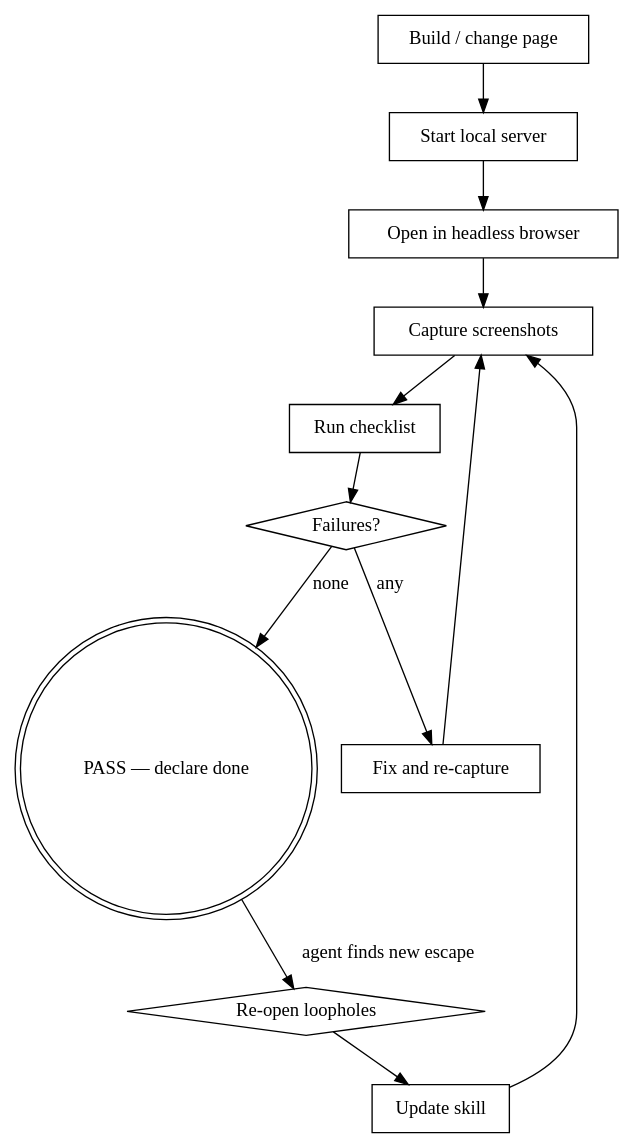
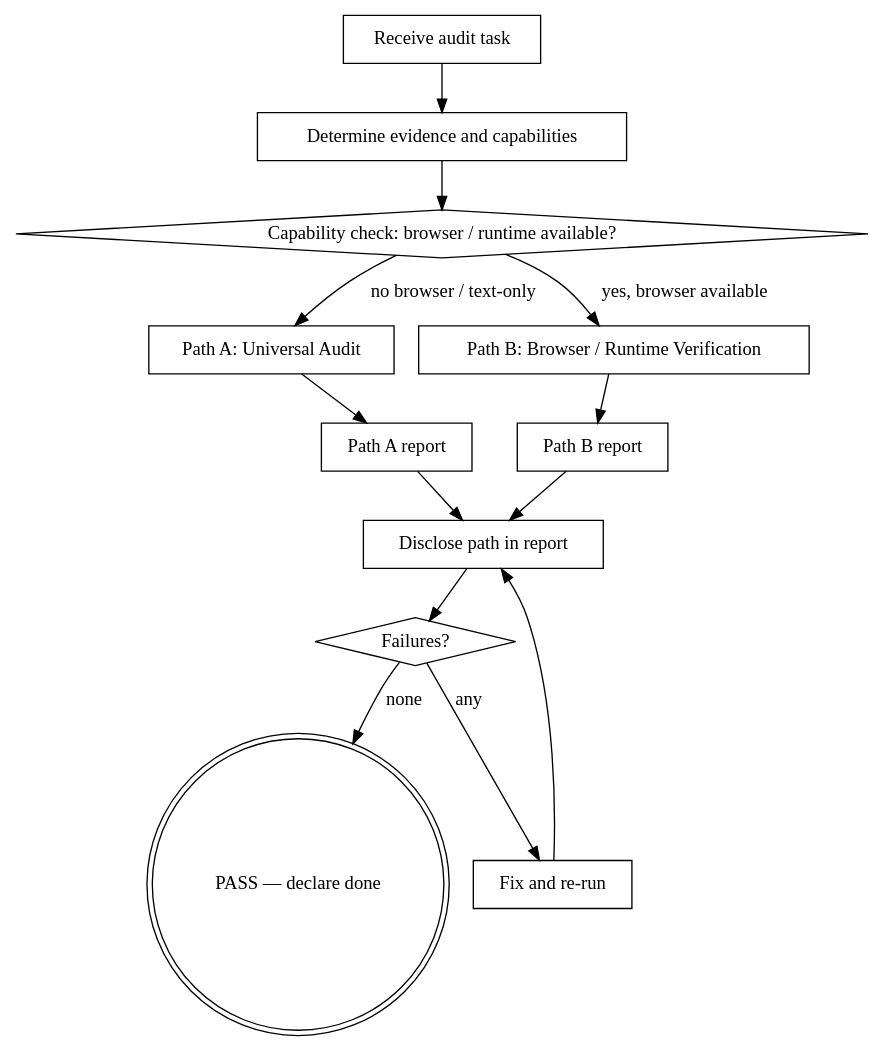
One commit to Xhoryon/apple-inspired-web-design-skills changed the diagram in skills/apple-design-audit/SKILL.md. Above: the diagram before and after it, drawn with Graphviz. The commit also changed other lines of this file and 12 other files, not shown here.

````diff
--- a/skills/apple-design-audit/SKILL.md
+++ b/skills/apple-design-audit/SKILL.md
@@ -40,26 +45,28 @@
 ```dot
 digraph audit {
-  "Build / change page" [shape=box];
-  "Start local server" [shape=box];
-  "Open in headless browser" [shape=box];
-  "Capture screenshots" [shape=box];
-  "Run checklist" [shape=box];
+  "Receive audit task" [shape=box];
+  "Determine evidence and capabilities" [shape=box];
+  "Capability check: browser / runtime available?" [shape=diamond];
+  "Path A: Universal Audit" [shape=box];
+  "Path B: Browser / Runtime Verification" [shape=box];
+  "Path A report" [shape=box];
+  "Path B report" [shape=box];
+  "Disclose path in report" [shape=box];
   "Failures?" [shape=diamond];
-  "Fix and re-capture" [shape=box];
+  "Fix and re-run" [shape=box];
   "PASS — declare done" [shape=doublecircle];
-  "Re-open loopholes" [shape=diamond];
-  "Update skill" [shape=box];
 
-  "Build / change page" -> "Start local server";
-  "Start local server" -> "Open in headless browser";
-  "Open in headless browser" -> "Capture screenshots";
-  "Capture screenshots" -> "Run checklist";
-  "Run checklist" -> "Failures?";
-  "Failures?" -> "Fix and re-capture" [label="any"];
-  "Fix and re-capture" -> "Capture screenshots";
+  "Receive audit task" -> "Determine evidence and capabilities";
+  "Determine evidence and capabilities" -> "Capability check: browser / runtime available?";
+  "Capability check: browser / runtime available?" -> "Path A: Universal Audit" [label="no browser / text-only"];
+  "Capability check: browser / runtime available?" -> "Path B: Browser / Runtime Verification" [label="yes, browser available"];
+  "Path A: Universal Audit" -> "Path A report";
+  "Path B: Browser / Runtime Verification" -> "Path B report";
+  "Path A report" -> "Disclose path in report";
+  "Path B report" -> "Disclose path in report";
+  "Disclose path in report" -> "Failures?";
+  "Failures?" -> "Fix and re-run" [label="any"];
+  "Fix and re-run" -> "Disclose path in report";
   "Failures?" -> "PASS — declare done" [label="none"];
-  "PASS — declare done" -> "Re-open loopholes" [label="agent finds new escape"];
-  "Re-open loopholes" -> "Update skill";
-  "Update skill" -> "Capture screenshots";
 }
 ```
````
